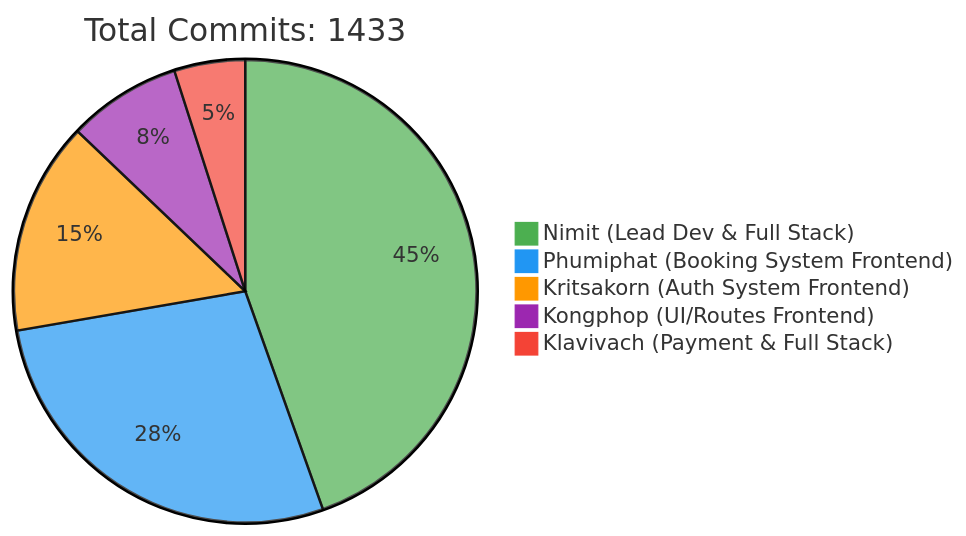
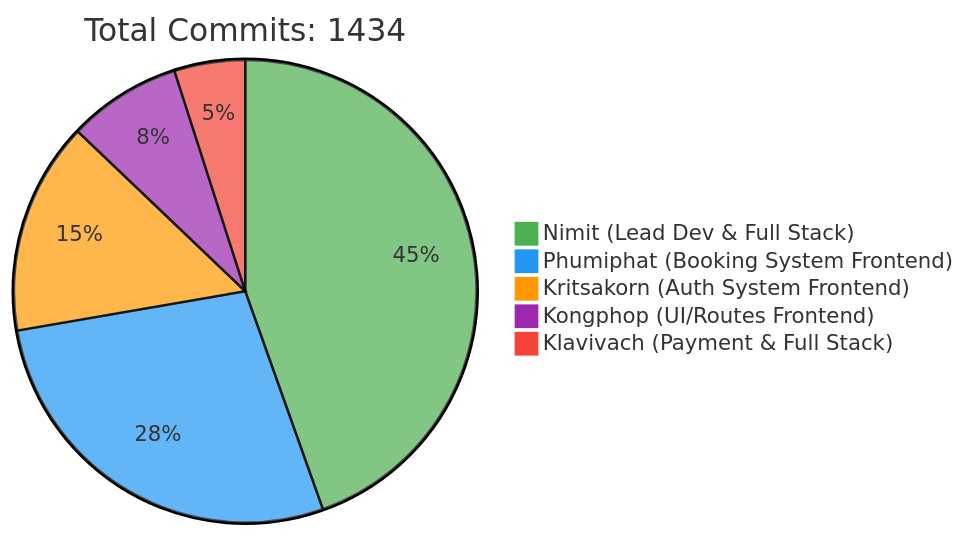
The first of 2 diagrams in README.md (6531503042/Sport-Complex), drawn with Mermaid before and after one commit. The commit also changed other lines of this file, not shown here.

Commit message:
docs: Update contributor statistics [skip ci]

````diff
--- a/README.md
+++ b/README.md
@@ -257,10 +257,10 @@
 ```mermaid
 %%{init: {'theme': 'base', 'themeVariables': { 'pie1': '#4CAF50', 'pie2': '#2196F3', 'pie3': '#FF9800', 'pie4': '#9C27B0', 'pie5': '#F44336'}}}%%
 pie
-    title Total Commits: 1433
+    title Total Commits: 1434
     "Nimit (Lead Dev & Full Stack)" : 450
     "Phumiphat (Booking System Frontend)" : 280
     "Kritsakorn (Auth System Frontend)" : 150
     "Kongphop (UI/Routes Frontend)" : 80
     "Klavivach (Payment & Full Stack)" : 50
 ```
````
